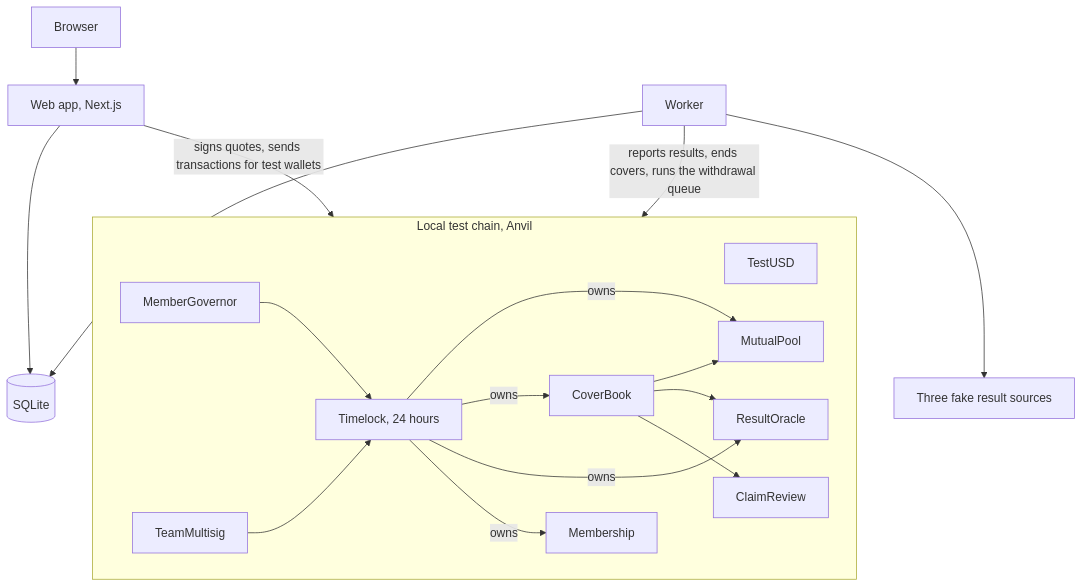
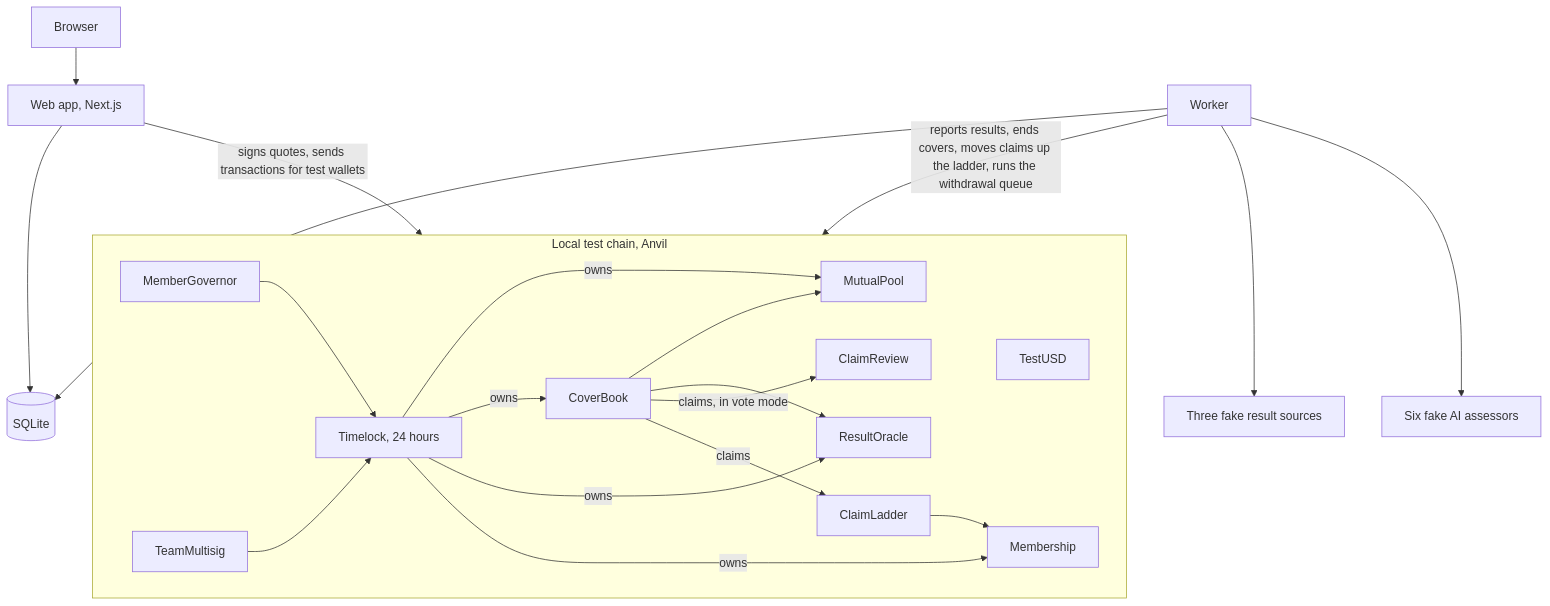
One commit to abozaralizadeh/OpenMutual changed the diagram in docs/DESIGN.md. Above: the diagram before and after it, drawn with Mermaid. The commit also changed other lines of this file and 46 other files, not shown here.

First line of the commit message:
Add the claims ladder for lost bag claims

````diff
--- a/docs/DESIGN.md
+++ b/docs/DESIGN.md
@@ -7,29 +7,33 @@
 ```mermaid
 flowchart TB
     U[Browser] --> W[Web app, Next.js]
     W --> DB[(SQLite)]
     W -->|signs quotes, sends transactions for test wallets| CH
     WK[Worker] --> DB
     WK --> SRC[Three fake result sources]
-    WK -->|reports results, ends covers, runs the withdrawal queue| CH
+    WK --> AI[Six fake AI assessors]
+    WK -->|reports results, ends covers, moves claims up the ladder, runs the withdrawal queue| CH
     subgraph CH[Local test chain, Anvil]
         USD[TestUSD]
         POOL[MutualPool]
         BOOK[CoverBook]
         OR[ResultOracle]
         MEM[Membership]
         CR[ClaimReview]
+        LAD[ClaimLadder]
         GOV[MemberGovernor]
         TEAM[TeamMultisig]
         TL[Timelock, 24 hours]
         BOOK --> POOL
         BOOK --> OR
-        BOOK --> CR
+        BOOK -->|claims, in vote mode| CR
+        BOOK -->|claims| LAD
+        LAD --> MEM
         GOV --> TL
         TEAM --> TL
         TL -->|owns| POOL
         TL -->|owns| BOOK
         TL -->|owns| OR
         TL -->|owns| MEM
     end
 ```
````
